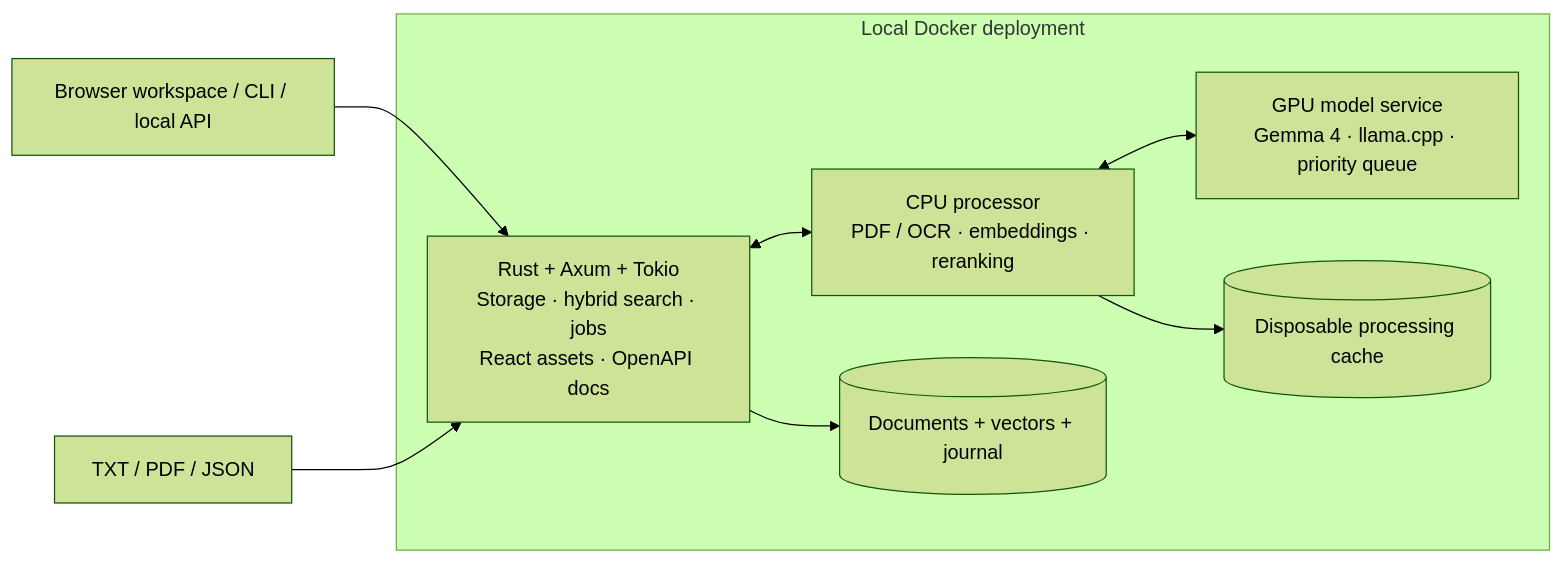
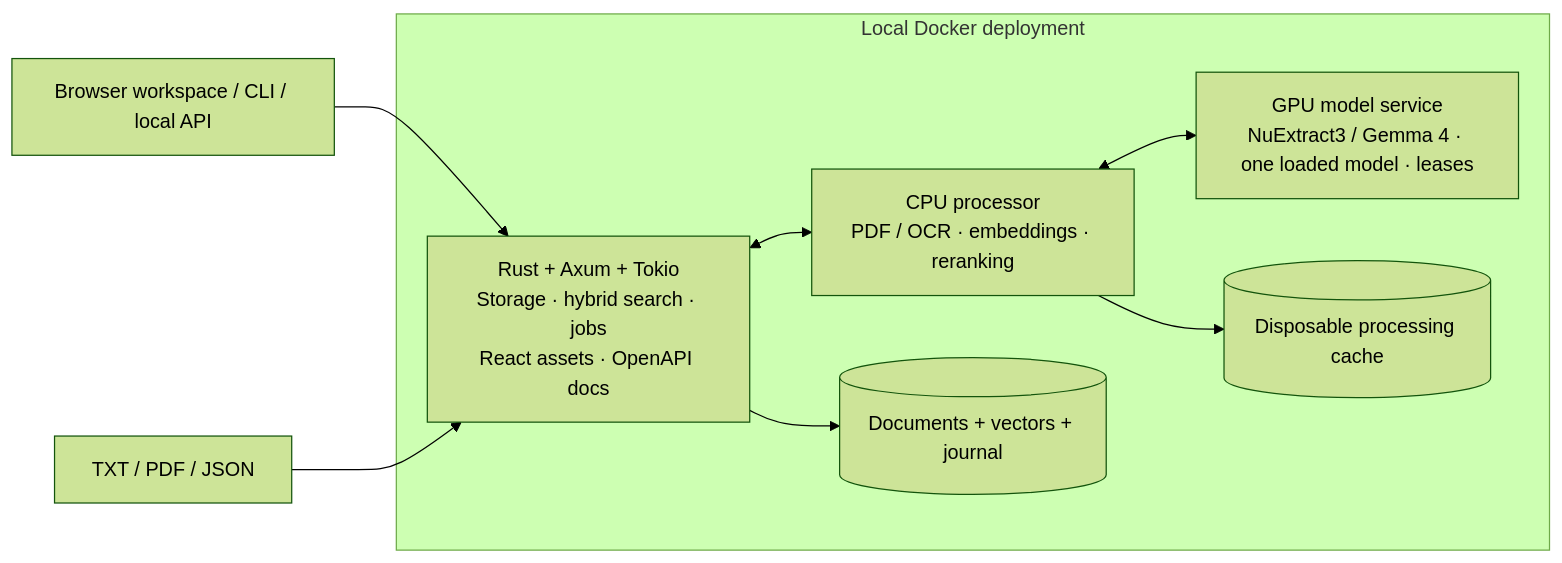
One commit to dpittaluga76/VectorNext changed the diagram in README.md. Above: the diagram before and after it, drawn with Mermaid (forest theme). The commit also changed other lines of this file and 177 other files, not shown here.

````diff
--- a/README.md
+++ b/README.md
@@ -81,17 +82,17 @@
 ```mermaid
 flowchart LR
     Client["Browser workspace / CLI / local API"] --> Core
     Files["TXT / PDF / JSON"] --> Core
 
     subgraph Local["Local Docker deployment"]
         Core["Rust + Axum + Tokio<br/>Storage · hybrid search · jobs<br/>React assets · OpenAPI docs"]
         CPU["CPU processor<br/>PDF / OCR · embeddings · reranking"]
-        GPU["GPU model service<br/>Gemma 4 · llama.cpp · priority queue"]
+        GPU["GPU model service<br/>NuExtract3 / Gemma 4 · one loaded model · leases"]
         Data[("Documents + vectors + journal")]
         Cache[("Disposable processing cache")]
         Core <--> CPU
         CPU <--> GPU
         Core --> Data
         CPU --> Cache
     end
 ```
````
